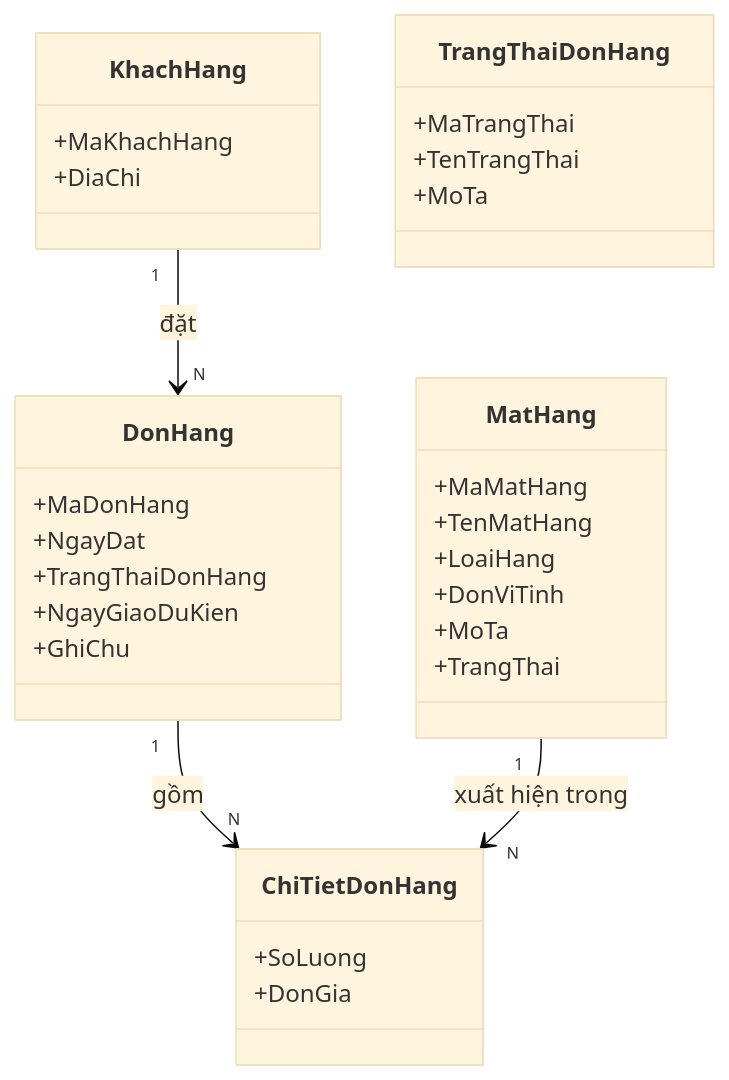
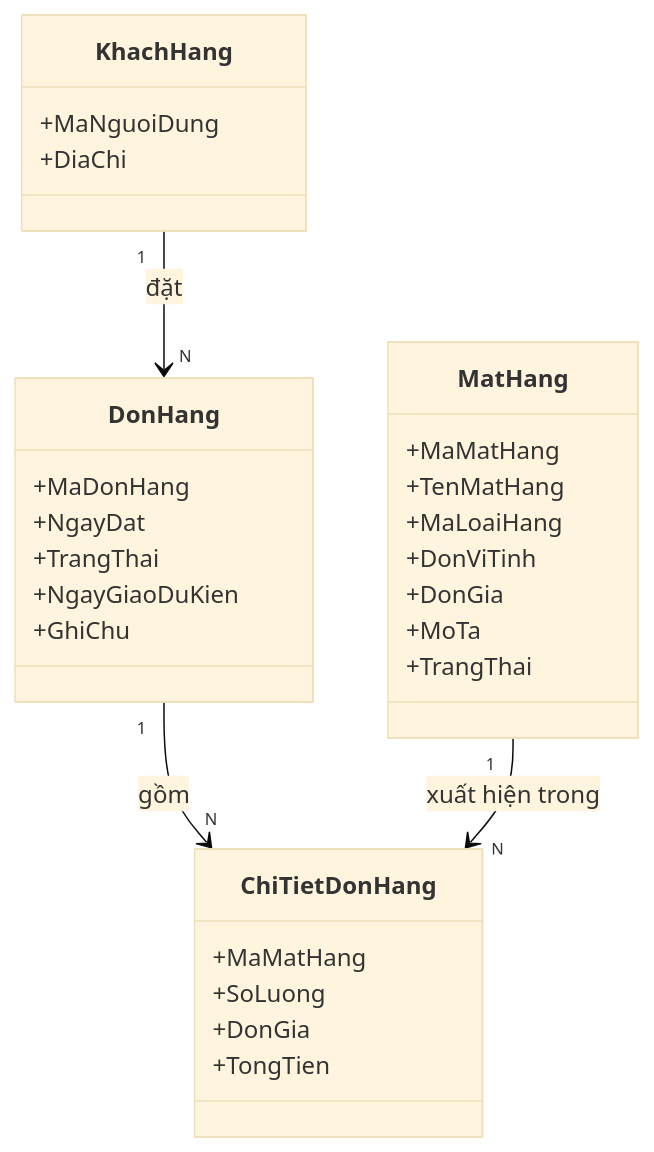
One commit to vthaix/WarehouseSystem changed the second of 14 diagrams in WarehouseSystem_SRS_hoan_chinh.md. Above: the diagram before and after it, drawn with Mermaid (base theme). The commit also changed other lines of this file, not shown here.

````diff
--- a/WarehouseSystem_SRS_hoan_chinh.md
+++ b/WarehouseSystem_SRS_hoan_chinh.md
@@ -1524,35 +51,38 @@
 ```mermaid
 classDiagram
+
     class KhachHang {
-        +MaKhachHang
+        +MaNguoiDung
         +DiaChi
     }
+
     class DonHang {
         +MaDonHang
         +NgayDat
-        +TrangThaiDonHang
+        +TrangThai
         +NgayGiaoDuKien
         +GhiChu
     }
+
     class ChiTietDonHang {
+        +MaMatHang
         +SoLuong
         +DonGia
+        +TongTien
     }
-    class TrangThaiDonHang {
-        +MaTrangThai
-        +TenTrangThai
-        +MoTa
-    }
+
     class MatHang {
         +MaMatHang
         +TenMatHang
-        +LoaiHang
+        +MaLoaiHang
         +DonViTinh
+        +DonGia
         +MoTa
         +TrangThai
     }
 
     KhachHang "1" --> "N" DonHang : đặt
     DonHang "1" --> "N" ChiTietDonHang : gồm
     MatHang "1" --> "N" ChiTietDonHang : xuất hiện trong
+
 ```
````
